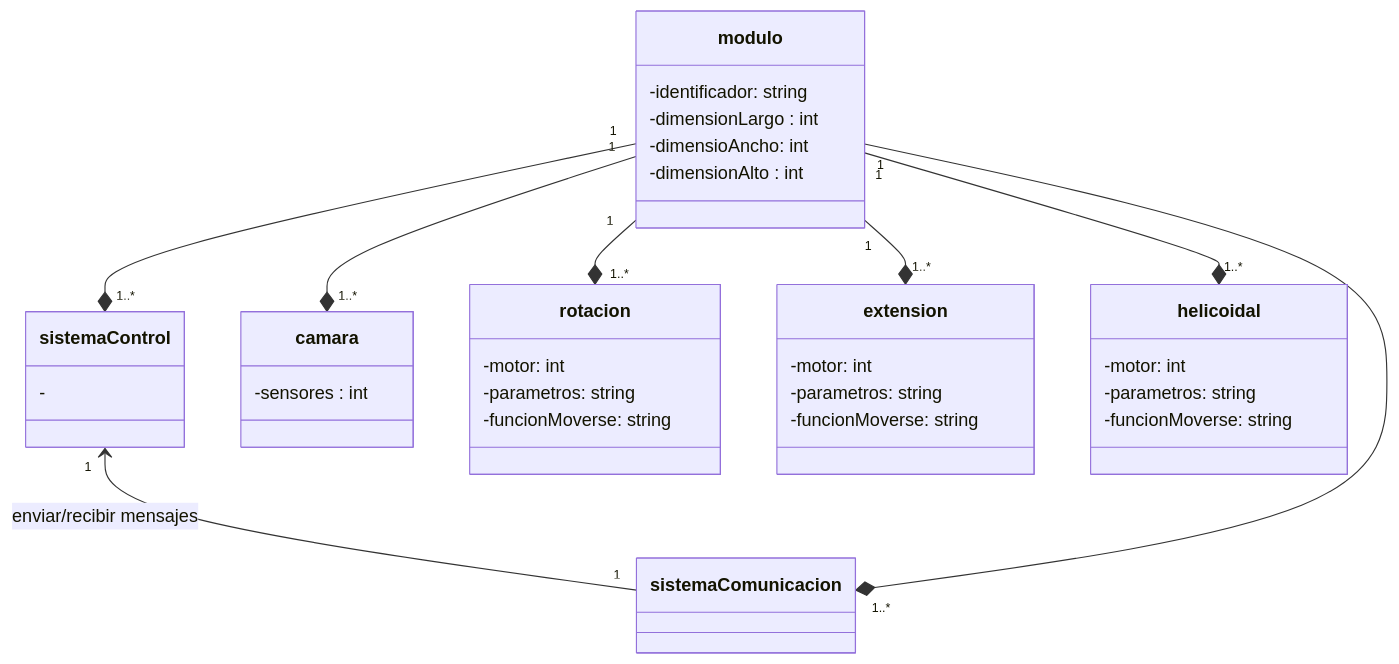
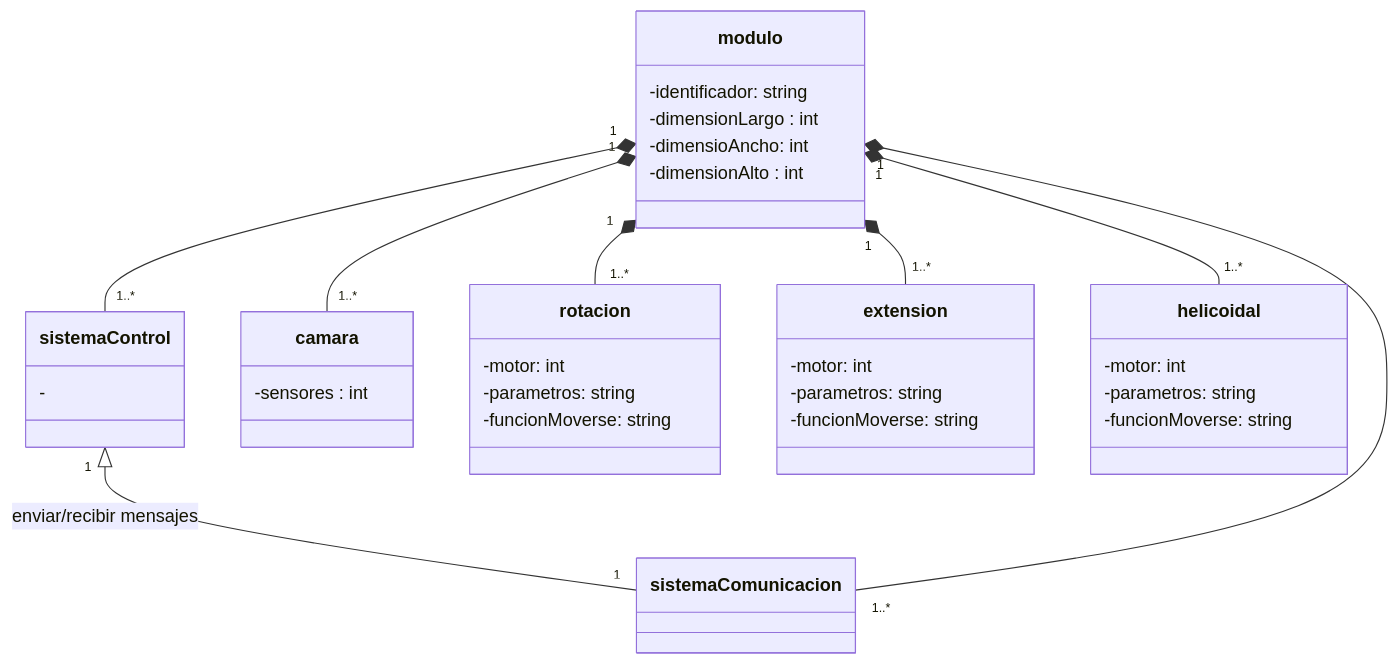
Before and after one commit to jesanny/Ejercicios_Contornos_Tema3: the diagram in robotModular.mmd, drawn with Mermaid. The commit also changed 2 other files, not shown here.

```diff
--- a/robotModular.mmd
+++ b/robotModular.mmd
@@ -1,48 +1,48 @@
 classDiagram  
  
     class modulo { 
         -identificador: string
         -dimensionLargo : int
         -dimensioAncho: int
         -dimensionAlto : int
 
  }
 
  class sistemaControl{
     - 
  }
 
  class sistemaComunicacion { 
  
  }
 
     class camara {
         -sensores : int
  }
 
     class rotacion {
      -motor: int
      -parametros: string
     -funcionMoverse: string
  }
 
     class extension {
         -motor: int
         -parametros: string
         -funcionMoverse: string
  }
  
 
  class helicoidal {
     -motor: int
     -parametros: string
      -funcionMoverse: string
  }
  
-sistemaControl "1" <-- "1" sistemaComunicacion : enviar/recibir mensajes
-modulo   "1"--* "1..*" sistemaComunicacion 
-modulo "1"--* "1..*" sistemaControl
-modulo "1"--* "1..*" camara
-modulo "1"--* "1..*" rotacion
-modulo "1"--* "1..*" extension
-modulo "1"--* "1..*" helicoidal
+sistemaControl "1" <|-- "1" sistemaComunicacion : enviar/recibir mensajes
+modulo   "1" *-- "1..*" sistemaComunicacion 
+modulo "1" *-- "1..*" sistemaControl
+modulo "1" *-- "1..*" camara
+modulo "1" *-- "1..*" rotacion
+modulo "1" *-- "1..*" extension
+modulo "1" *-- "1..*" helicoidal
```
